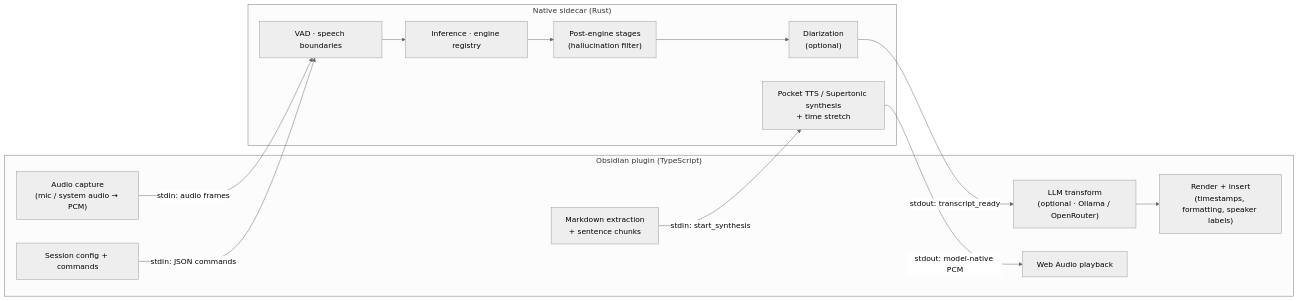
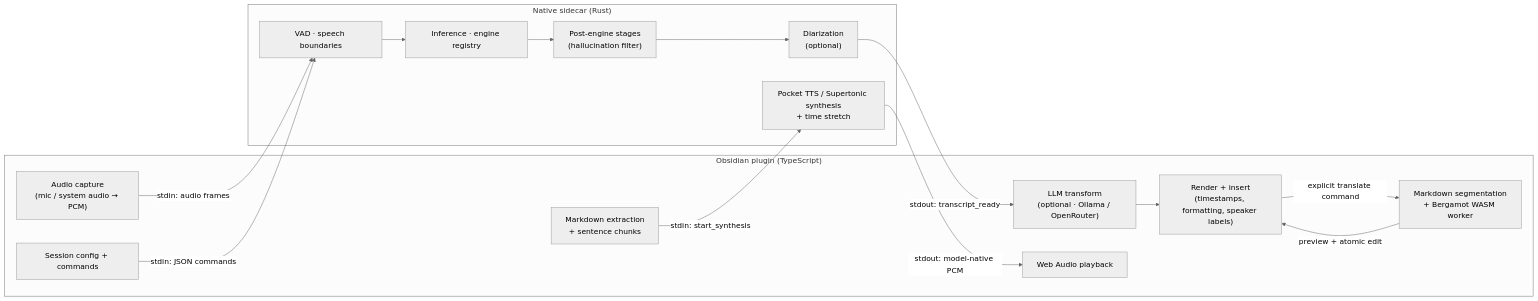
One commit to brittain9/local-dictation-obsidian-plugin changed the first of 6 diagrams in docs/system-architecture.md. Above: the diagram before and after it, drawn with Mermaid (neutral theme). The commit also changed other lines of this file and 48 other files, not shown here.

````diff
--- a/docs/system-architecture.md
+++ b/docs/system-architecture.md
@@ -16,26 +17,28 @@
 ```mermaid
 flowchart LR
     subgraph Plugin ["Obsidian plugin (TypeScript)"]
         CAP["Audio capture<br/>(mic / system audio → PCM)"]
         CFG["Session config + commands"]
         LLM["LLM transform<br/>(optional · Ollama / OpenRouter)"]
         REND["Render + insert<br/>(timestamps, formatting, speaker labels)"]
         TEXT["Markdown extraction<br/>+ sentence chunks"]
+        MT["Markdown segmentation<br/>+ Bergamot WASM worker"]
         PLAY["Web Audio playback"]
     end
 
     subgraph Sidecar ["Native sidecar (Rust)"]
         VAD["VAD · speech boundaries"]
         INF["Inference · engine registry"]
         STAGE["Post-engine stages<br/>(hallucination filter)"]
         DIA["Diarization<br/>(optional)"]
         SYNTH["Pocket TTS / Supertonic synthesis<br/>+ time stretch"]
         VAD --> INF --> STAGE --> DIA
     end
 
     CAP -->|"stdin: audio frames"| VAD
     CFG -->|"stdin: JSON commands"| VAD
     DIA -->|"stdout: transcript_ready"| LLM --> REND
     TEXT -->|"stdin: start_synthesis"| SYNTH
     SYNTH -->|"stdout: model-native PCM"| PLAY
+    REND -->|"explicit translate command"| MT -->|"preview + atomic edit"| REND
 ```
````
